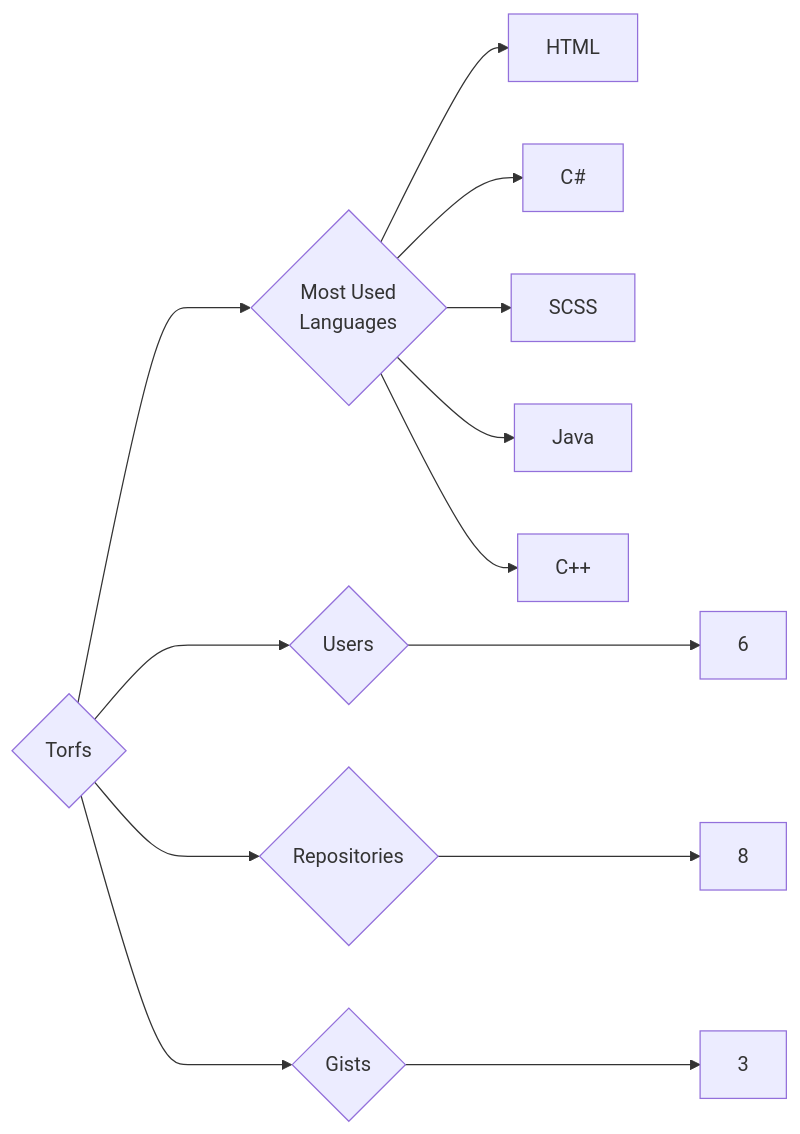
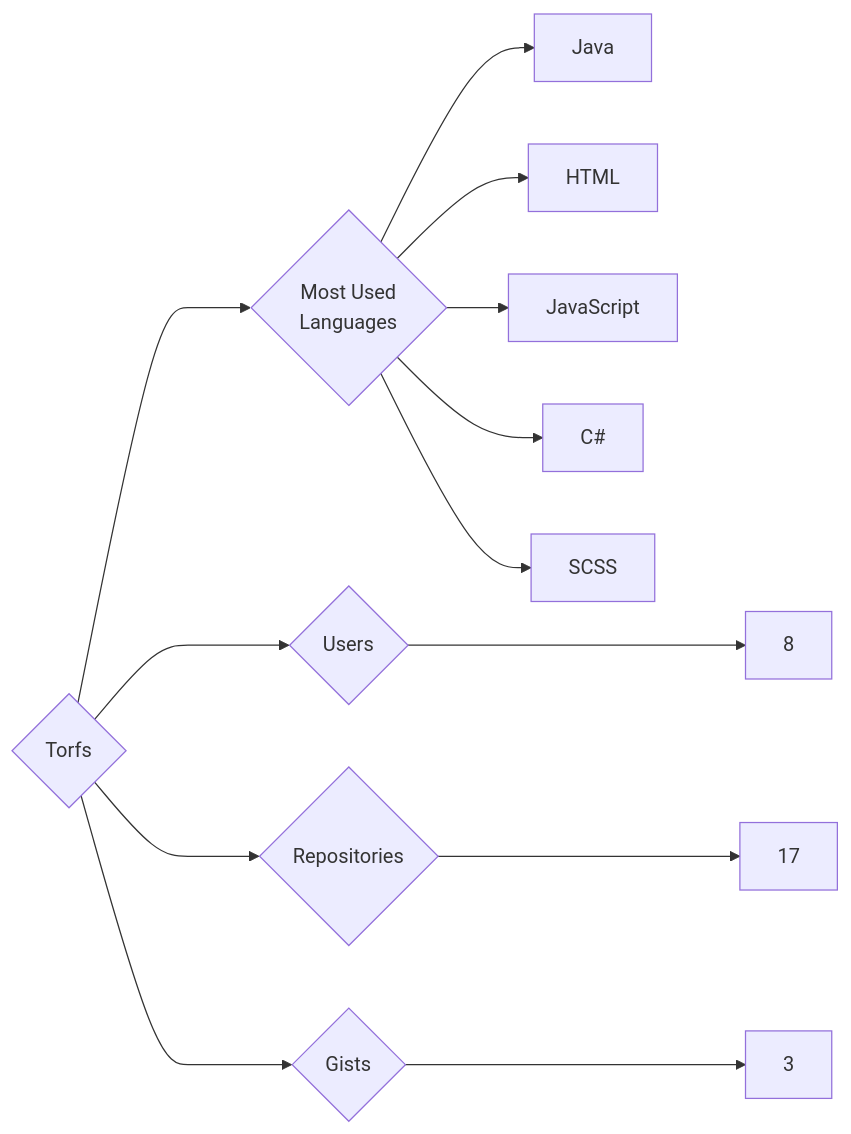
Before and after one commit to trickest/insiders: the diagram in targets/Torfs/README.md, drawn with Mermaid. The commit also changed 597 other files, not shown here.

````diff
--- a/targets/Torfs/README.md
+++ b/targets/Torfs/README.md
@@ -3,13 +3,13 @@
 ```mermaid
 graph LR
 COMPANY_NAME{Torfs}
-COMPANY_NAME ---> U{Users} ---> UN[6]
-COMPANY_NAME ---> R{Repositories} ---> RN[8]
+COMPANY_NAME ---> U{Users} ---> UN[8]
+COMPANY_NAME ---> R{Repositories} ---> RN[17]
 COMPANY_NAME ---> G{Gists} ---> GN[3]
 COMPANY_NAME ---> ML{Most Used<br>Languages}
+ML --> Java[Java]
 ML --> HTML[HTML]
+ML --> JavaScript[JavaScript]
 ML --> C#[C#]
 ML --> SCSS[SCSS]
-ML --> Java[Java]
-ML --> C++[C++]
 ```
````
